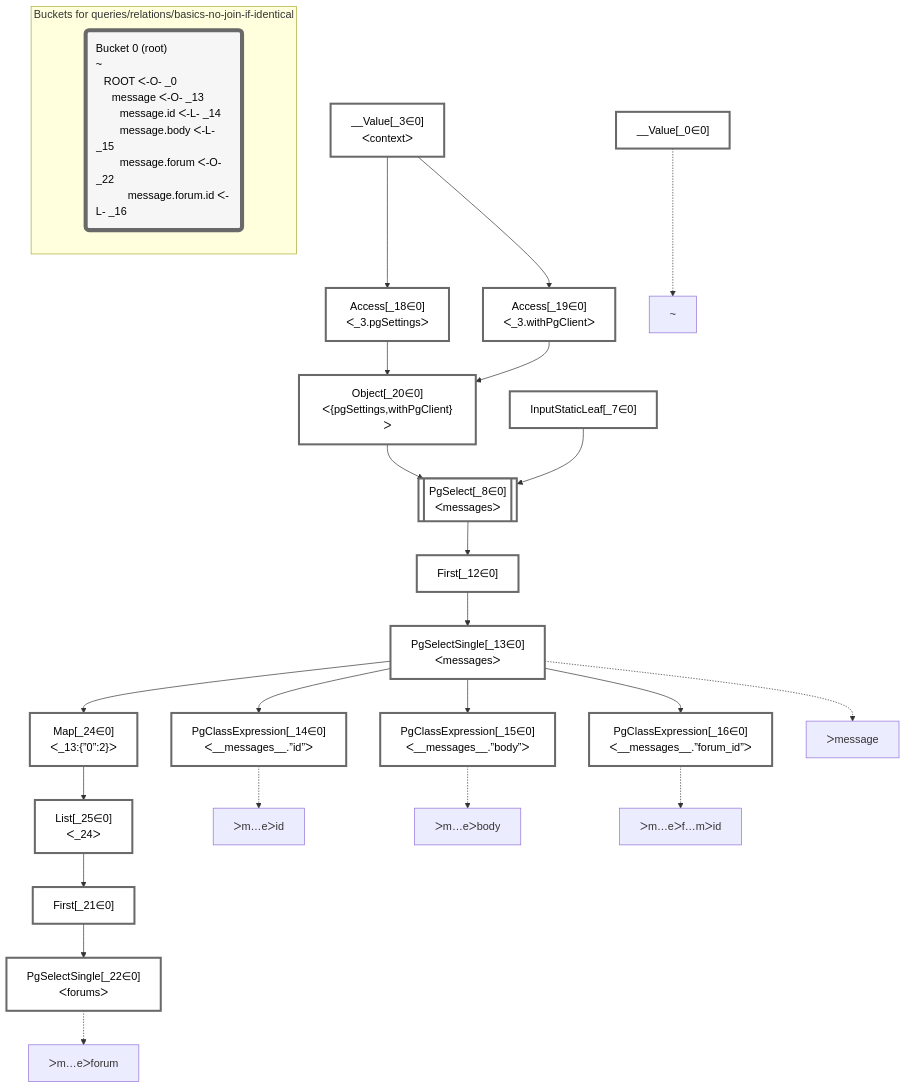
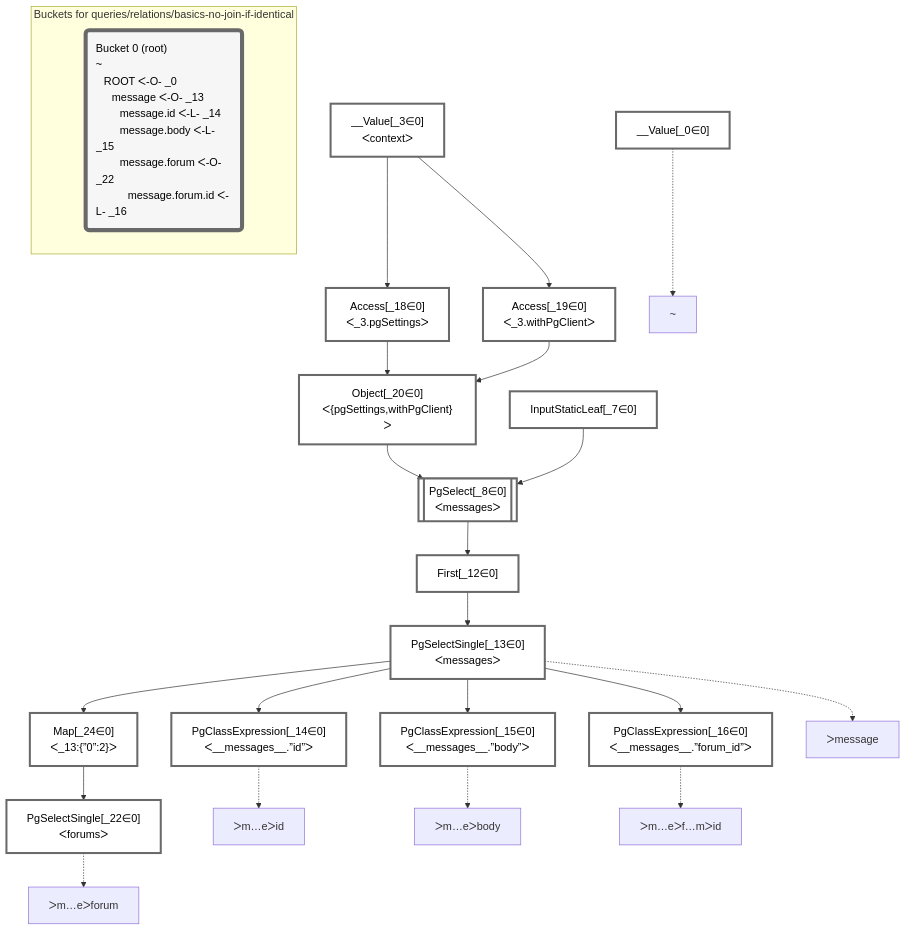
The diagram in packages/dataplan-pg/__tests__/queries/relations/basics-no-join-if-identical.mermaid.md (graphile/crystal), drawn with Mermaid before and after one commit. The commit also changed 67 other files, not shown here.

````diff
--- a/packages/dataplan-pg/__tests__/queries/relations/basics-no-join-if-identical.mermaid.md
+++ b/packages/dataplan-pg/__tests__/queries/relations/basics-no-join-if-identical.mermaid.md
@@ -1,67 +1,63 @@
 ```mermaid
 graph TD
     classDef path fill:#eee,stroke:#000,color:#000
     classDef plan fill:#fff,stroke-width:3px,color:#000
     classDef itemplan fill:#fff,stroke-width:6px,color:#000
     classDef sideeffectplan fill:#f00,stroke-width:6px,color:#000
     classDef bucket fill:#f6f6f6,color:#000,stroke-width:6px,text-align:left
 
 
     %% define plans
     __Value_0["__Value[_0∈0]"]:::plan
     __Value_3["__Value[_3∈0]<br />ᐸcontextᐳ"]:::plan
     InputStaticLeaf_7["InputStaticLeaf[_7∈0]"]:::plan
     PgSelect_8[["PgSelect[_8∈0]<br />ᐸmessagesᐳ"]]:::plan
     First_12["First[_12∈0]"]:::plan
     PgSelectSingle_13["PgSelectSingle[_13∈0]<br />ᐸmessagesᐳ"]:::plan
     PgClassExpression_14["PgClassExpression[_14∈0]<br />ᐸ__messages__.”id”ᐳ"]:::plan
     PgClassExpression_15["PgClassExpression[_15∈0]<br />ᐸ__messages__.”body”ᐳ"]:::plan
     PgClassExpression_16["PgClassExpression[_16∈0]<br />ᐸ__messages__.”forum_id”ᐳ"]:::plan
     Access_18["Access[_18∈0]<br />ᐸ_3.pgSettingsᐳ"]:::plan
     Access_19["Access[_19∈0]<br />ᐸ_3.withPgClientᐳ"]:::plan
     Object_20["Object[_20∈0]<br />ᐸ{pgSettings,withPgClient}ᐳ"]:::plan
-    First_21["First[_21∈0]"]:::plan
     PgSelectSingle_22["PgSelectSingle[_22∈0]<br />ᐸforumsᐳ"]:::plan
     Map_24["Map[_24∈0]<br />ᐸ_13:{”0”:2}ᐳ"]:::plan
-    List_25["List[_25∈0]<br />ᐸ_24ᐳ"]:::plan
 
     %% plan dependencies
     Object_20 --> PgSelect_8
     InputStaticLeaf_7 --> PgSelect_8
     PgSelect_8 --> First_12
     First_12 --> PgSelectSingle_13
     PgSelectSingle_13 --> PgClassExpression_14
     PgSelectSingle_13 --> PgClassExpression_15
     PgSelectSingle_13 --> PgClassExpression_16
     __Value_3 --> Access_18
     __Value_3 --> Access_19
     Access_18 --> Object_20
     Access_19 --> Object_20
-    List_25 --> First_21
-    First_21 --> PgSelectSingle_22
+    Map_24 --> PgSelectSingle_22
     PgSelectSingle_13 --> Map_24
-    Map_24 --> List_25
 
     %% plan-to-path relationships
     P_0["~"]
     __Value_0 -.-> P_0
     P_13["ᐳmessage"]
     PgSelectSingle_13 -.-> P_13
     P_14["ᐳm…eᐳid"]
     PgClassExpression_14 -.-> P_14
     P_15["ᐳm…eᐳbody"]
     PgClassExpression_15 -.-> P_15
     P_16["ᐳm…eᐳf…mᐳid"]
     PgClassExpression_16 -.-> P_16
     P_22["ᐳm…eᐳforum"]
     PgSelectSingle_22 -.-> P_22
 
     %% allocate buckets
     classDef bucket0 stroke:#696969
-    class __Value_0,__Value_3,InputStaticLeaf_7,PgSelect_8,First_12,PgSelectSingle_13,PgClassExpression_14,PgClassExpression_15,PgClassExpression_16,Access_18,Access_19,Object_20,First_21,PgSelectSingle_22,Map_24,List_25 bucket0
+    class __Value_0,__Value_3,InputStaticLeaf_7,PgSelect_8,First_12,PgSelectSingle_13,PgClassExpression_14,PgClassExpression_15,PgClassExpression_16,Access_18,Access_19,Object_20,PgSelectSingle_22,Map_24 bucket0
 
     subgraph "Buckets for queries/relations/basics-no-join-if-identical"
     Bucket0("Bucket 0 (root)<br />~<br />⠀ROOT ᐸ-O- _0<br />⠀⠀message ᐸ-O- _13<br />⠀⠀⠀message.id ᐸ-L- _14<br />⠀⠀⠀message.body ᐸ-L- _15<br />⠀⠀⠀message.forum ᐸ-O- _22<br />⠀⠀⠀⠀message.forum.id ᐸ-L- _16"):::bucket
     style Bucket0 stroke:#696969
     end
 ```
````
